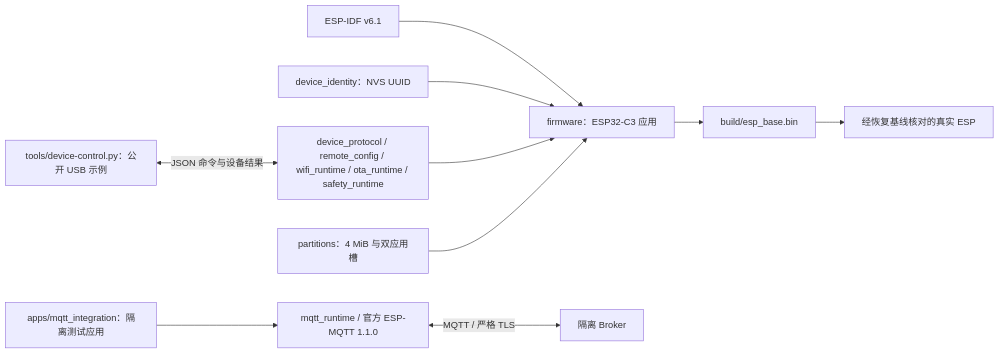
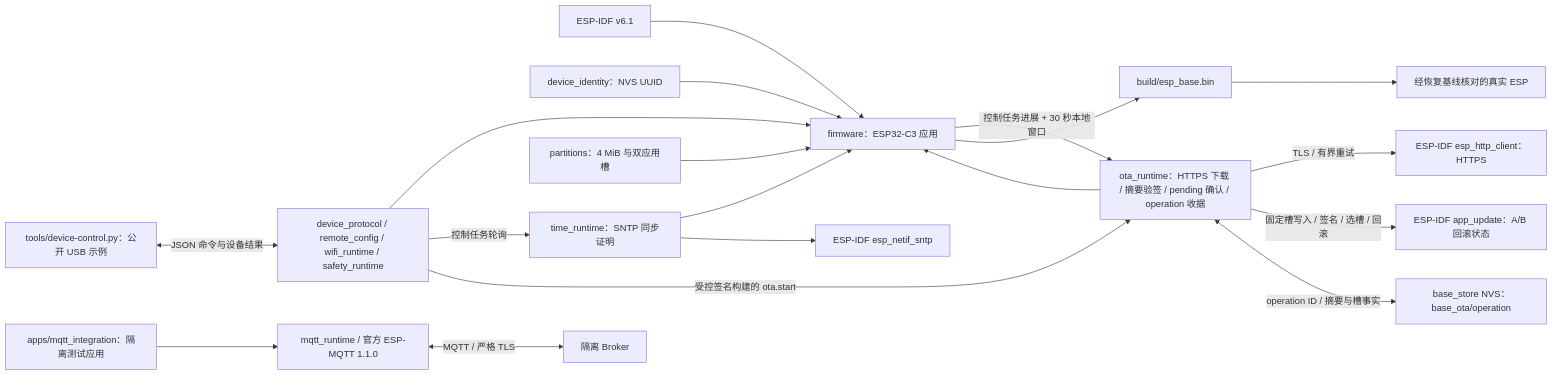
Before and after one commit to darren-you/esp-base: the diagram in README.md, drawn with Mermaid. The commit also changed other lines of this file and 64 other files, not shown here.

First line of the commit message:
为 OTA pending 新槽加入本地自检与三十秒稳定确认门，并补齐 host 故障回归和固件说明

````diff
--- a/README.md
+++ b/README.md
@@ -7,12 +7,21 @@
 ```mermaid
 flowchart LR
     sdk["ESP-IDF v6.1"] --> firmware["firmware：ESP32-C3 应用"]
     identity["device_identity：NVS UUID"] --> firmware
-    state["device_protocol / remote_config / wifi_runtime / ota_runtime / safety_runtime"] --> firmware
+    state["device_protocol / remote_config / wifi_runtime / safety_runtime"] --> firmware
+    time["time_runtime：SNTP 同步证明"] --> firmware
+    state -->|"控制任务轮询"| time
+    time --> idf_time["ESP-IDF esp_netif_sntp"]
+    ota["ota_runtime：HTTPS 下载 / 摘要验签 / pending 确认 / operation 收据"] --> firmware
+    firmware -->|"控制任务进展 + 30 秒本地窗口"| ota
+    state -->|"受控签名构建的 ota.start"| ota
+    ota -->|"TLS / 有界重试"| https["ESP-IDF esp_http_client：HTTPS"]
+    ota -->|"固定槽写入 / 签名 / 选槽 / 回滚"| slot["ESP-IDF app_update：A/B 回滚状态"]
+    ota <-->|"operation ID / 摘要与槽事实"| receipt["base_store NVS：base_ota/operation"]
     layout["partitions：4 MiB 与双应用槽"] --> firmware
     host["tools/device-control.py：公开 USB 示例"] <-->|"JSON 命令与设备结果"| state
     firmware --> image["build/esp_base.bin"]
     lab["apps/mqtt_integration：隔离测试应用"] --> mqtt["mqtt_runtime / 官方 ESP-MQTT 1.1.0"]
     mqtt <-->|"MQTT / 严格 TLS"| broker["隔离 Broker"]
     image --> board["经恢复基线核对的真实 ESP"]
 ```
````
